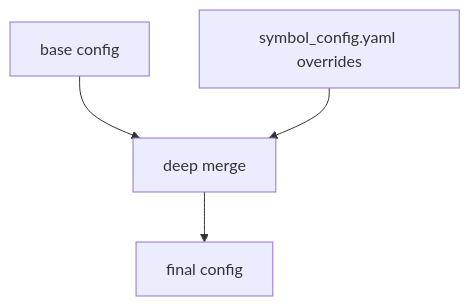
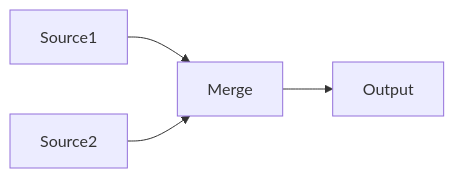
Before and after one commit to jiangyang5157/binary-star: the fourth of 4 diagrams in .claude/skills/update-readme/SKILL.md, drawn with Mermaid. The commit also changed other lines of this file and 1 other file, not shown here.

First line of the commit message:
refactor: optimize update-readme skill for conciseness and diagram quality

````diff
--- a/.claude/skills/update-readme/SKILL.md
+++ b/.claude/skills/update-readme/SKILL.md
@@ -180,6 +176,6 @@
 ```mermaid
-graph TD
-    Base["base config"] --> Merge["deep merge"]
-    Symbol["symbol_config.yaml overrides"] --> Merge
-    Merge --> Final["final config"]
+graph LR
+    Source1 --> Merge
+    Source2 --> Merge
+    Merge --> Output
 ```
````
